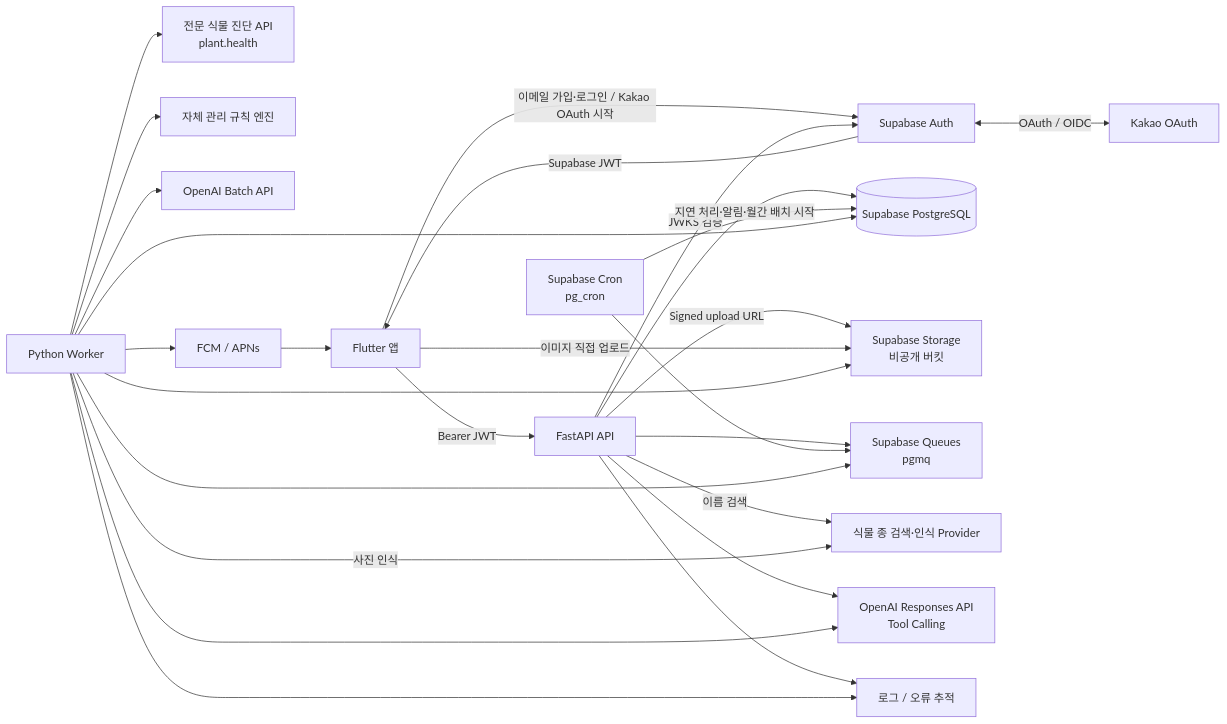
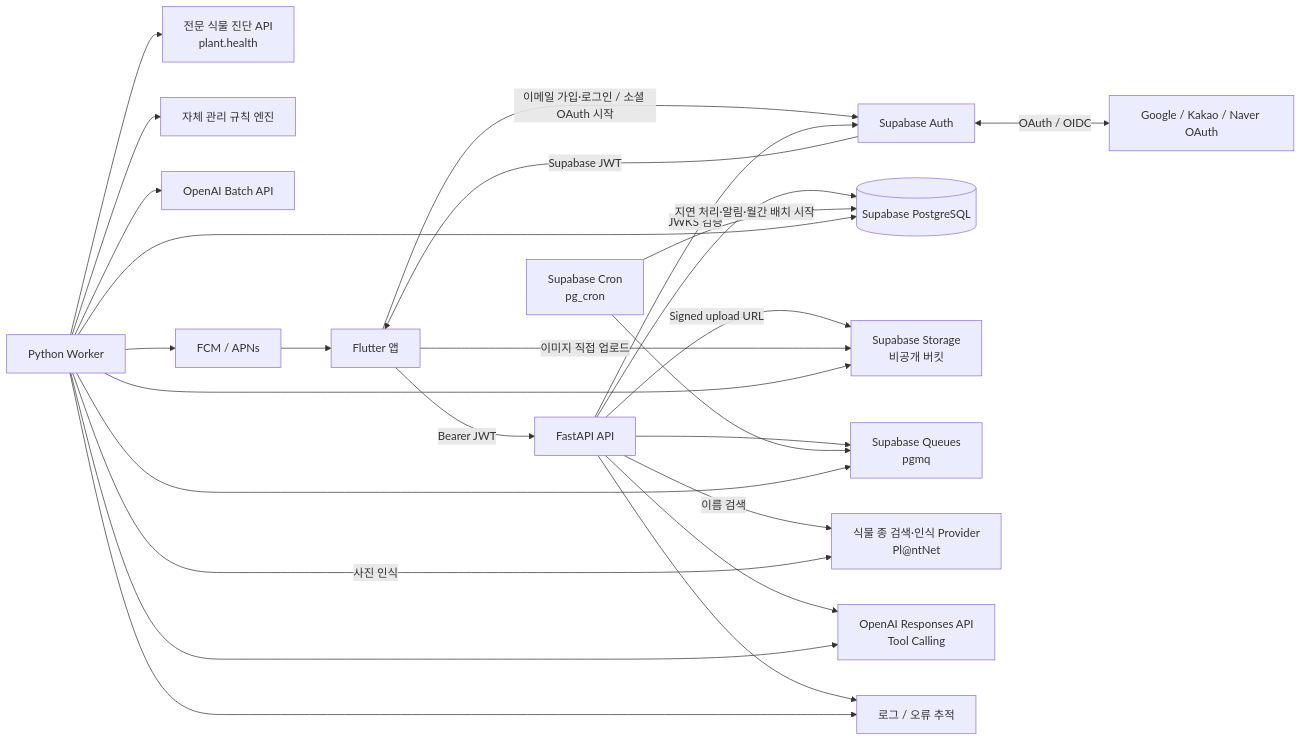
The first of 6 diagrams in docs/architecture.md (YuEngMe/Leafie), drawn with Mermaid before and after one commit. The commit also changed other lines of this file and 8 other files, not shown here.

````diff
--- a/docs/architecture.md
+++ b/docs/architecture.md
@@ -21,45 +21,45 @@
 ```mermaid
 flowchart LR
     APP["Flutter 앱"]
-    KAKAO["Kakao OAuth"]
+    OAUTH["Google / Kakao / Naver OAuth"]
     AUTH["Supabase Auth"]
     API["FastAPI API"]
     DB[("Supabase PostgreSQL")]
     STORAGE["Supabase Storage<br/>비공개 버킷"]
     QUEUE["Supabase Queues<br/>pgmq"]
     CRON["Supabase Cron<br/>pg_cron"]
     WORKER["Python Worker"]
-    SPECIES["식물 종 검색·인식 Provider"]
+    SPECIES["식물 종 검색·인식 Provider<br/>Pl@ntNet"]
     HEALTH["전문 식물 진단 API<br/>plant.health"]
     RULES["자체 관리 규칙 엔진"]
     RESPONSES["OpenAI Responses API<br/>Tool Calling"]
     BATCH["OpenAI Batch API"]
     PUSH["FCM / APNs"]
     OBS["로그 / 오류 추적"]
 
-    APP -->|"이메일 가입·로그인 / Kakao OAuth 시작"| AUTH
-    AUTH <-->|"OAuth / OIDC"| KAKAO
+    APP -->|"이메일 가입·로그인 / 소셜 OAuth 시작"| AUTH
+    AUTH <-->|"OAuth / OIDC"| OAUTH
     AUTH -->|"Supabase JWT"| APP
     APP -->|"Bearer JWT"| API
     API -->|"JWKS 검증"| AUTH
     API --> DB
     API -->|"Signed upload URL"| STORAGE
     APP -->|"이미지 직접 업로드"| STORAGE
     API --> QUEUE
     CRON -->|"지연 처리·알림·월간 배치 시작"| DB
     CRON --> QUEUE
     WORKER --> QUEUE
     WORKER --> DB
     WORKER --> STORAGE
     API -->|"이름 검색"| SPECIES
     WORKER -->|"사진 인식"| SPECIES
     WORKER --> HEALTH
     WORKER --> RULES
     API --> RESPONSES
     WORKER --> RESPONSES
     WORKER --> BATCH
     WORKER --> PUSH
     API --> OBS
     WORKER --> OBS
     PUSH --> APP
 ```
````
